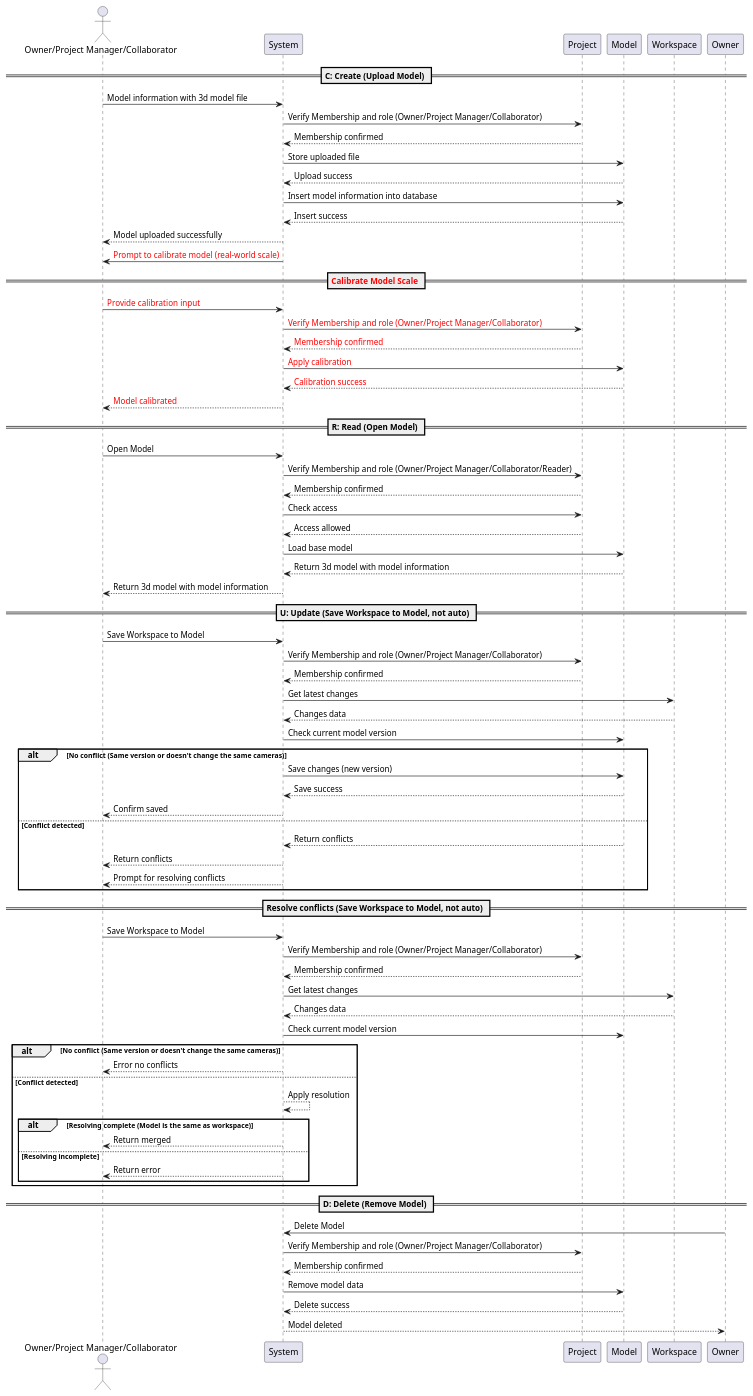
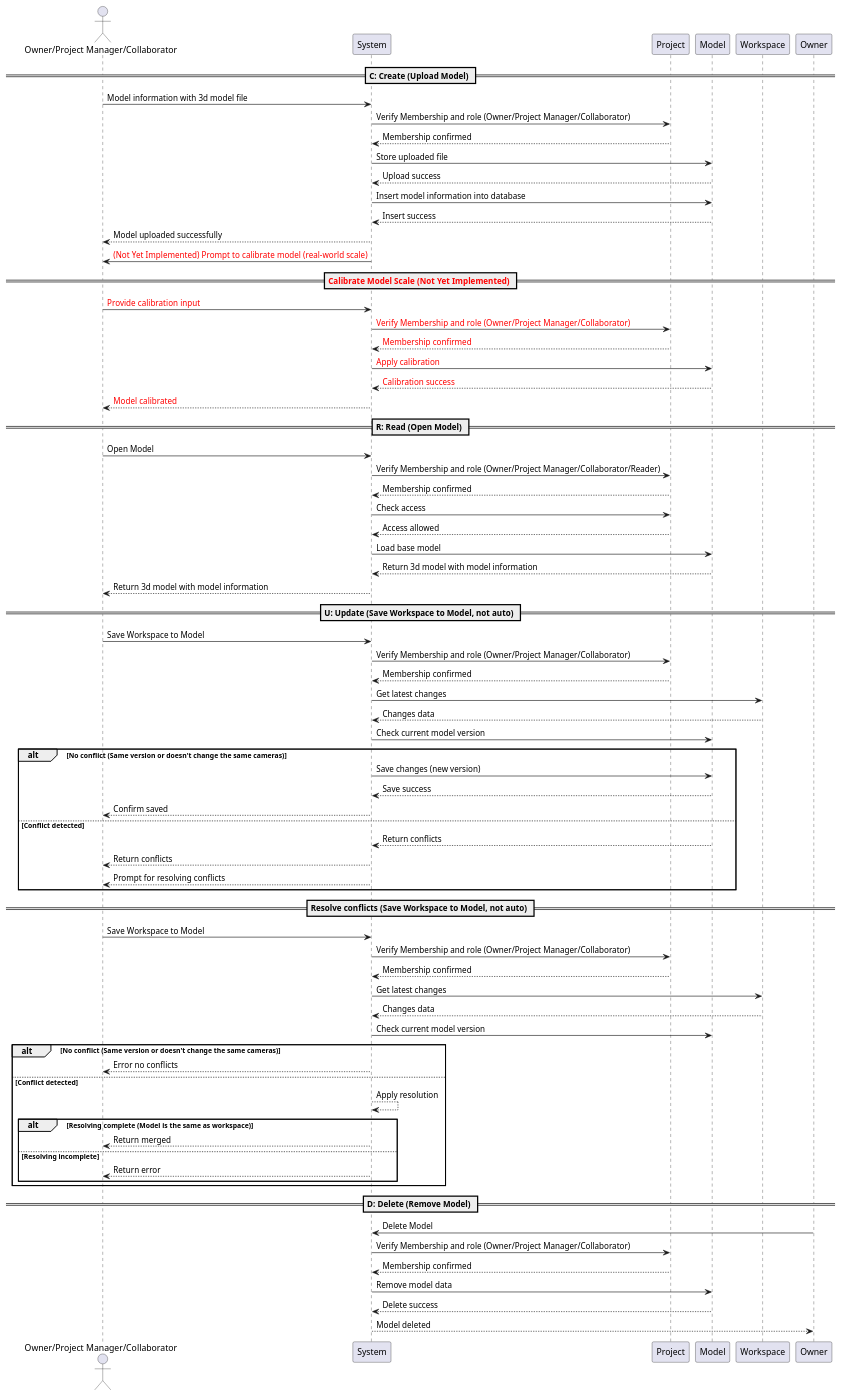
One commit to Ministry-of-Learning-of-Jura-Kites/OmniCam changed the diagram in docs/diagrams/sequences/model_sequence.puml. Above: the diagram before and after it, drawn with PlantUML. The commit also changed 6 other files, not shown here.

Commit message:
Add 'Not Yet Implemented' to diagrams

```diff
--- a/docs/diagrams/sequences/model_sequence.puml
+++ b/docs/diagrams/sequences/model_sequence.puml
@@ -1,81 +1,81 @@
 @startuml OmniCam Model Sequence
 actor "Owner/Project Manager/Collaborator" as User
 participant System
 participant Project
 participant Model
 participant Workspace
 
 == C: Create (Upload Model) ==
 User -> System: Model information with 3d model file
 System -> Project: Verify Membership and role (Owner/Project Manager/Collaborator)
 Project --> System: Membership confirmed
 System -> Model: Store uploaded file
 Model --> System: Upload success
 System -> Model: Insert model information into database
 Model --> System: Insert success
 System --> User: Model uploaded successfully
 
-System -> User: <color:red>Prompt to calibrate model (real-world scale)</color>
+System -> User: <color:red>(Not Yet Implemented) Prompt to calibrate model (real-world scale)</color>
 
-== <color:red>Calibrate Model Scale</color> ==
+== <color:red>Calibrate Model Scale (Not Yet Implemented)</color> ==
 User -> System: <color:red>Provide calibration input</color>
 System -> Project: <color:red>Verify Membership and role (Owner/Project Manager/Collaborator)</color>
 Project --> System: <color:red>Membership confirmed</color>
 System -> Model: <color:red>Apply calibration</color>
 Model --> System: <color:red>Calibration success</color>
 System --> User: <color:red>Model calibrated</color>
 
 == R: Read (Open Model) ==
 User -> System: Open Model
 System -> Project: Verify Membership and role (Owner/Project Manager/Collaborator/Reader)
 Project --> System: Membership confirmed
 System -> Project: Check access
 Project --> System: Access allowed
 System -> Model: Load base model
 Model --> System: Return 3d model with model information
 System --> User: Return 3d model with model information
 
 == U: Update (Save Workspace to Model, not auto) ==
 User -> System: Save Workspace to Model
 System -> Project: Verify Membership and role (Owner/Project Manager/Collaborator)
 Project --> System: Membership confirmed
 System -> Workspace: Get latest changes
 Workspace --> System: Changes data
 System -> Model: Check current model version
 alt No conflict (Same version or doesn't change the same cameras)
     System -> Model: Save changes (new version)
     Model --> System: Save success
     System --> User: Confirm saved
 else Conflict detected
     Model --> System: Return conflicts
     System --> User: Return conflicts
     System --> User: Prompt for resolving conflicts
 end
 
 == Resolve conflicts (Save Workspace to Model, not auto) ==
 User -> System: Save Workspace to Model
 System -> Project: Verify Membership and role (Owner/Project Manager/Collaborator)
 Project --> System: Membership confirmed
 System -> Workspace: Get latest changes
 Workspace --> System: Changes data
 System -> Model: Check current model version
 alt No conflict (Same version or doesn't change the same cameras)
     System --> User: Error no conflicts
 else Conflict detected
     System --> System: Apply resolution
     alt Resolving complete (Model is the same as workspace)
         System --> User: Return merged
     else Resolving incomplete
         System --> User: Return error
     end
 end
 
 == D: Delete (Remove Model) ==
 Owner -> System: Delete Model
 System -> Project: Verify Membership and role (Owner/Project Manager/Collaborator)
 Project --> System: Membership confirmed
 System -> Model: Remove model data
 Model --> System: Delete success
 System --> Owner: Model deleted
 
 @enduml
```
